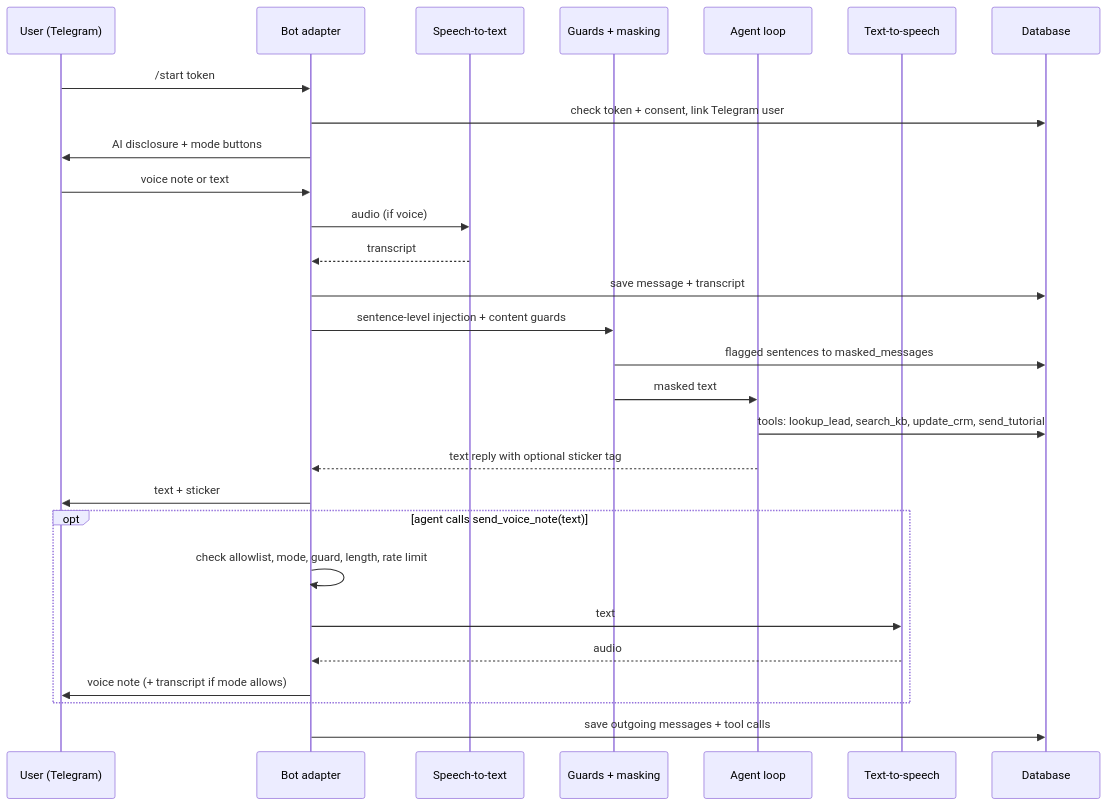
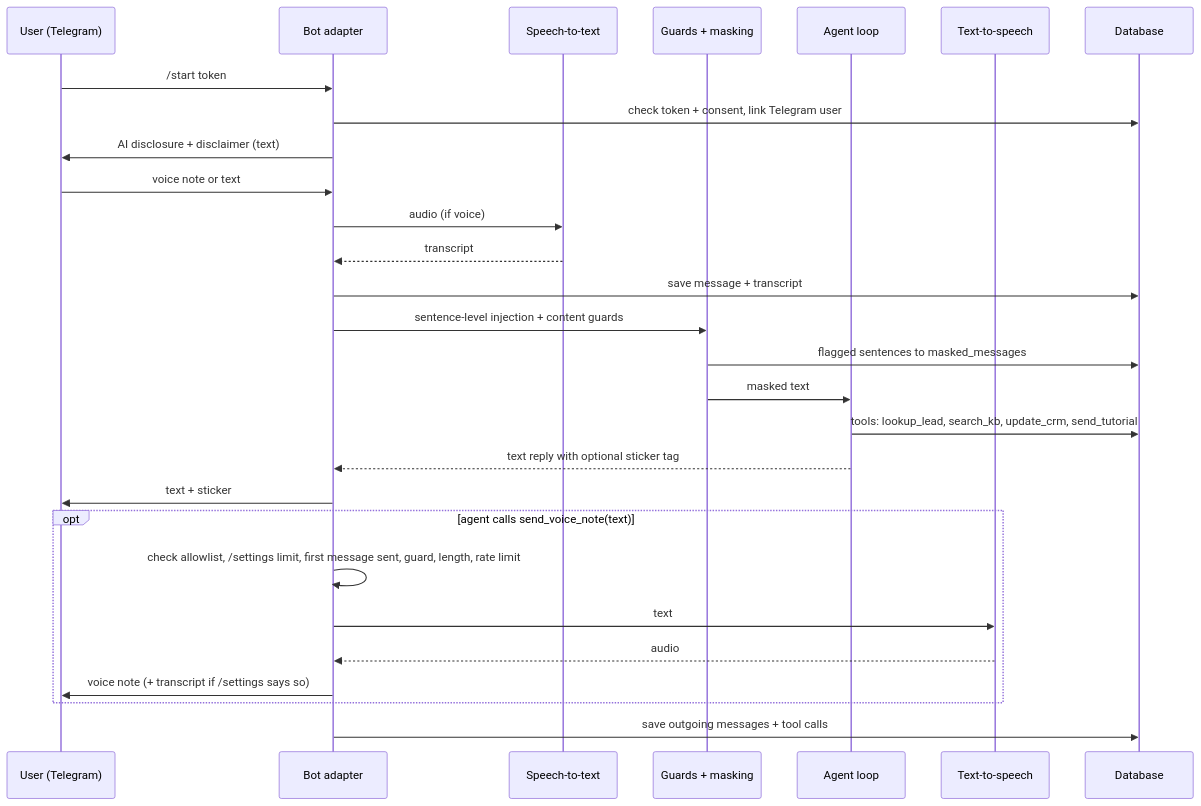
One commit to Gigadelux/MRKTR-AI changed the third of 3 diagrams in ARCHITECTURE.md. Above: the diagram before and after it, drawn with Mermaid. The commit also changed other lines of this file and 55 other files, not shown here.

````diff
--- a/ARCHITECTURE.md
+++ b/ARCHITECTURE.md
@@ -72,31 +72,31 @@
 ```mermaid
 sequenceDiagram
     participant U as User (Telegram)
     participant B as Bot adapter
     participant STT as Speech-to-text
     participant G as Guards + masking
     participant A as Agent loop
     participant TTS as Text-to-speech
     participant DB as Database
 
     U->>B: /start token
     B->>DB: check token + consent, link Telegram user
-    B->>U: AI disclosure + mode buttons
+    B->>U: AI disclosure + disclaimer (text)
     U->>B: voice note or text
     B->>STT: audio (if voice)
     STT-->>B: transcript
     B->>DB: save message + transcript
     B->>G: sentence-level injection + content guards
     G->>DB: flagged sentences to masked_messages
     G->>A: masked text
     A->>DB: tools: lookup_lead, search_kb, update_crm, send_tutorial
     A-->>B: text reply with optional sticker tag
     B->>U: text + sticker
     opt agent calls send_voice_note(text)
-        B->>B: check allowlist, mode, guard, length, rate limit
+        B->>B: check allowlist, /settings limit, first message sent, guard, length, rate limit
         B->>TTS: text
         TTS-->>B: audio
-        B->>U: voice note (+ transcript if mode allows)
+        B->>U: voice note (+ transcript if /settings says so)
     end
     B->>DB: save outgoing messages + tool calls
 ```
````
